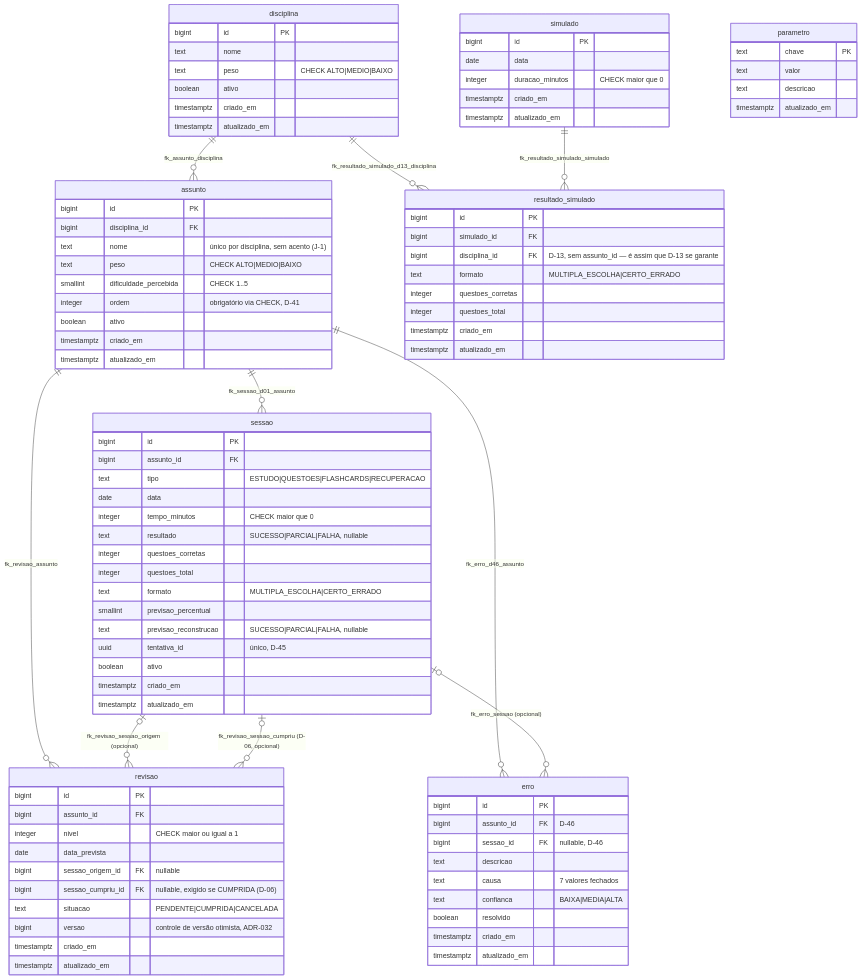
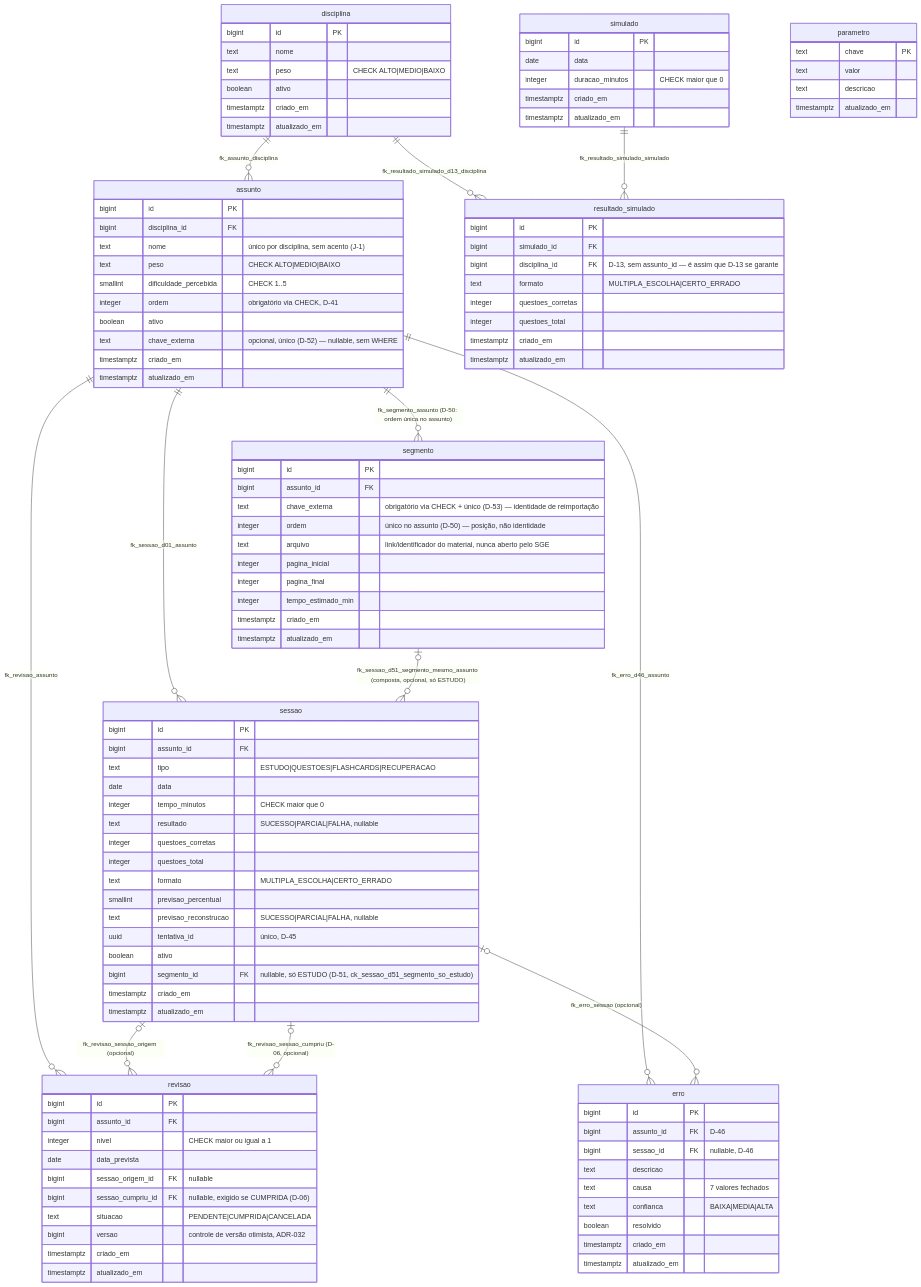
Before and after one commit to Allandpn/SGE-Concursos: the diagram in docs/DIAGRAMA-ER.md, drawn with Mermaid. The commit also changed other lines of this file and 54 other files, not shown here.

First line of the commit message:
sprint 10 (segmento/chaveExterna) e sprint 9 (frontend hoje/recuperar)

```diff
--- a/docs/DIAGRAMA-ER.md
+++ b/docs/DIAGRAMA-ER.md
@@ -31,6 +32,8 @@
     sessao |o--o{ revisao : "fk_revisao_sessao_cumpriu (D-06, opcional)"
     sessao |o--o{ erro : "fk_erro_sessao (opcional)"
     simulado ||--o{ resultado_simulado : "fk_resultado_simulado_simulado"
+    assunto ||--o{ segmento : "fk_segmento_assunto (D-50: ordem única no assunto)"
+    segmento |o--o{ sessao : "fk_sessao_d51_segmento_mesmo_assunto (composta, opcional, só ESTUDO)"
 
     disciplina {
         bigint id PK
@@ -49,6 +52,7 @@
         smallint dificuldade_percebida "CHECK 1..5"
         integer ordem "obrigatório via CHECK, D-41"
         boolean ativo
+        text chave_externa "opcional, único (D-52) — nullable, sem WHERE"
         timestamptz criado_em
         timestamptz atualizado_em
     }
@@ -67,6 +71,20 @@
         text previsao_reconstrucao "SUCESSO|PARCIAL|FALHA, nullable"
         uuid tentativa_id "único, D-45"
         boolean ativo
+        bigint segmento_id FK "nullable, só ESTUDO (D-51, ck_sessao_d51_segmento_so_estudo)"
+        timestamptz criado_em
+        timestamptz atualizado_em
+    }
+
+    segmento {
+        bigint id PK
+        bigint assunto_id FK
+        text chave_externa "obrigatório via CHECK + único (D-53) — identidade de reimportação"
+        integer ordem "único no assunto (D-50) — posição, não identidade"
+        text arquivo "link/identificador do material, nunca aberto pelo SGE"
+        integer pagina_inicial
+        integer pagina_final
+        integer tempo_estimado_min
         timestamptz criado_em
         timestamptz atualizado_em
     }
```
